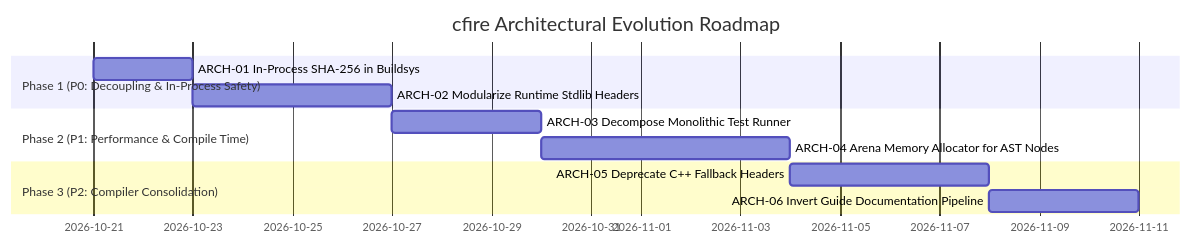
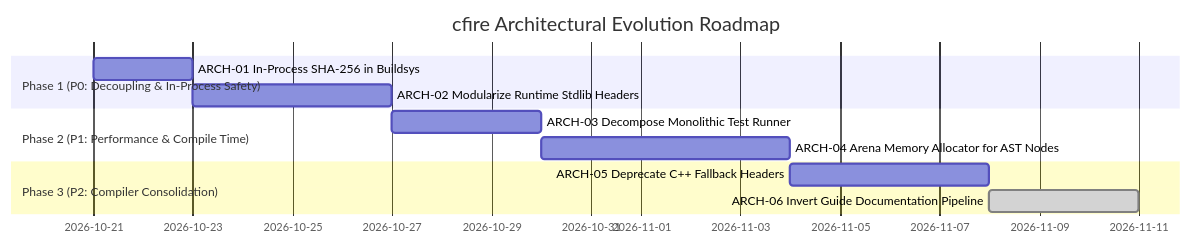
The diagram in docs/planning/architectural-backlog.md (gsandoval/cfire), drawn with Mermaid before and after one commit. The commit also changed other lines of this file and 3 other files, not shown here.

First line of the commit message:
feat(docgen): invert guide pipeline to make docs/GUIDE.md authoritative (ARCH-06)

````diff
--- a/docs/planning/architectural-backlog.md
+++ b/docs/planning/architectural-backlog.md
@@ -11,14 +11,14 @@
 ```mermaid
 gantt
     title cfire Architectural Evolution Roadmap
     dateFormat  YYYY-MM-DD
     section Phase 1 (P0: Decoupling & In-Process Safety)
     ARCH-01 In-Process SHA-256 in Buildsys       :p1_1, 2026-10-21, 2d
     ARCH-02 Modularize Runtime Stdlib Headers     :p1_2, after p1_1, 4d
     section Phase 2 (P1: Performance & Compile Time)
     ARCH-03 Decompose Monolithic Test Runner      :p2_1, after p1_2, 3d
     ARCH-04 Arena Memory Allocator for AST Nodes  :p2_2, after p2_1, 5d
     section Phase 3 (P2: Compiler Consolidation)
     ARCH-05 Deprecate C++ Fallback Headers       :p3_1, after p2_2, 4d
-    ARCH-06 Invert Guide Documentation Pipeline   :p3_2, after p3_1, 3d
+    ARCH-06 Invert Guide Documentation Pipeline   :done, p3_2, after p3_1, 3d
 ```
````
